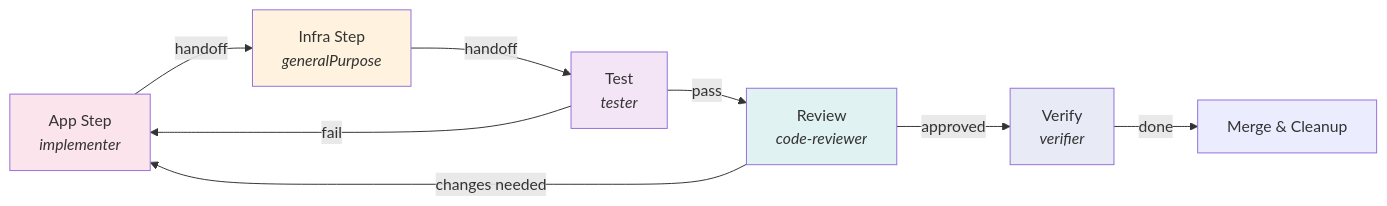
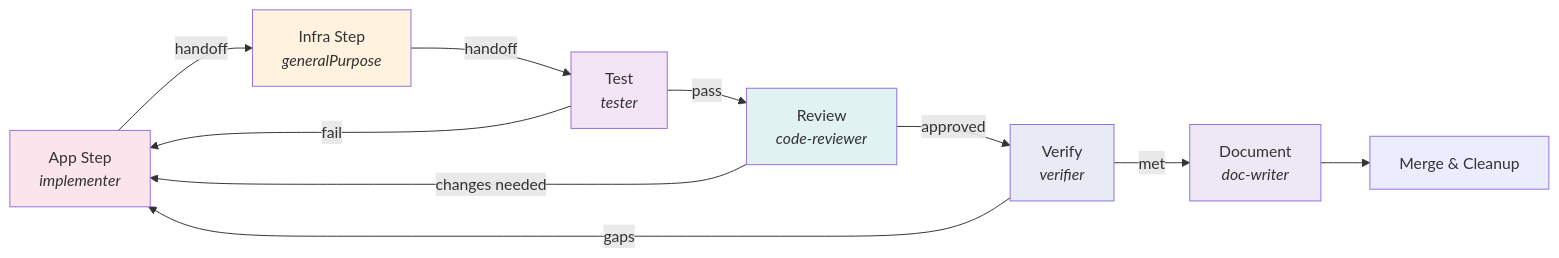
The sixth of 13 diagrams in docs/orchestration.md (wildbitca/ai-resources), drawn with Mermaid before and after one commit. The commit also changed other lines of this file and 27 other files, not shown here.

````diff
--- a/docs/orchestration.md
+++ b/docs/orchestration.md
@@ -144,16 +184,19 @@
 ```mermaid
 graph LR
     AP[App Step<br/><i>implementer</i>] -->|handoff| IN[Infra Step<br/><i>generalPurpose</i>]
     IN -->|handoff| TE[Test<br/><i>tester</i>]
     TE -->|pass| RE[Review<br/><i>code-reviewer</i>]
     TE -->|fail| AP
     RE -->|approved| VE[Verify<br/><i>verifier</i>]
     RE -->|changes needed| AP
-    VE -->|done| DONE[Merge & Cleanup]
+    VE -->|gaps| AP
+    VE -->|met| DOC[Document<br/><i>doc-writer</i>]
+    DOC --> DONE[Merge & Cleanup]
 
     style AP fill:#fce4ec
     style IN fill:#fff3e0
     style TE fill:#f3e5f5
     style RE fill:#e0f2f1
     style VE fill:#e8eaf6
+    style DOC fill:#ede7f6
 ```
````
